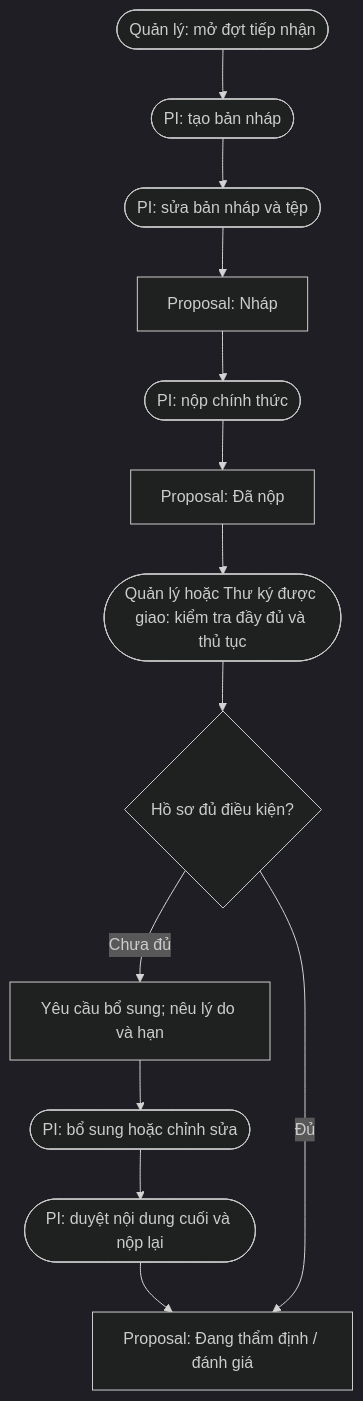
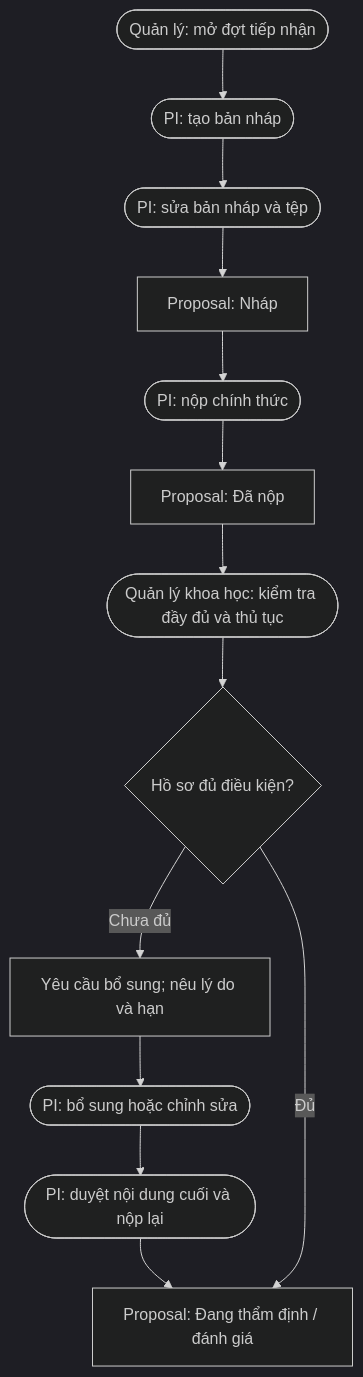
Before and after one commit to thanhdotien278/DocManS: the diagram in docs/diagrams/document-creation.md, drawn with Mermaid (dark theme). The commit also changed 66 other files, not shown here.

````diff
--- a/docs/diagrams/document-creation.md
+++ b/docs/diagrams/document-creation.md
@@ -6,19 +6,19 @@
 ```mermaid
 flowchart TD
   intake(["Quản lý: mở đợt tiếp nhận"])
   create(["PI: tạo bản nháp"])
   edit(["PI: sửa bản nháp và tệp"])
   draft["Proposal: Nháp"]
   submit(["PI: nộp chính thức"])
   submitted["Proposal: Đã nộp"]
-  review(["Quản lý hoặc Thư ký được giao: kiểm tra đầy đủ và thủ tục"])
+  review(["Quản lý khoa học: kiểm tra đầy đủ và thủ tục"])
   complete{"Hồ sơ đủ điều kiện?"}
   missing["Yêu cầu bổ sung; nêu lý do và hạn"]
   correction(["PI: bổ sung hoặc chỉnh sửa"])
   resubmit(["PI: duyệt nội dung cuối và nộp lại"])
   under_review["Proposal: Đang thẩm định / đánh giá"]
 
   intake --> create --> edit --> draft --> submit --> submitted --> review --> complete
   complete -- "Chưa đủ" --> missing --> correction --> resubmit --> under_review
   complete -- "Đủ" --> under_review
 ```
````
